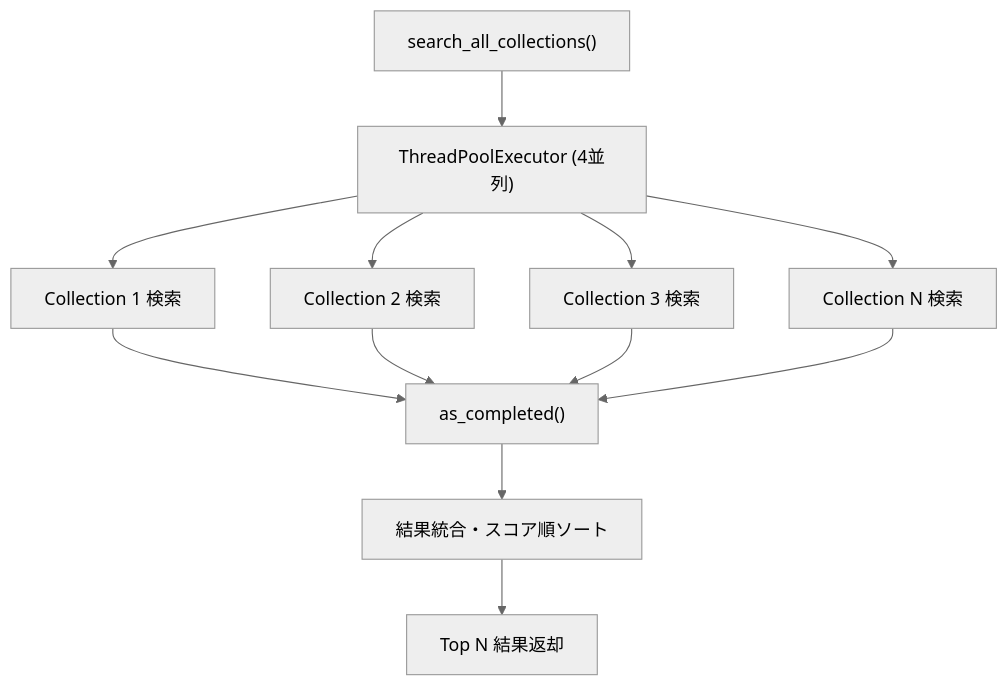
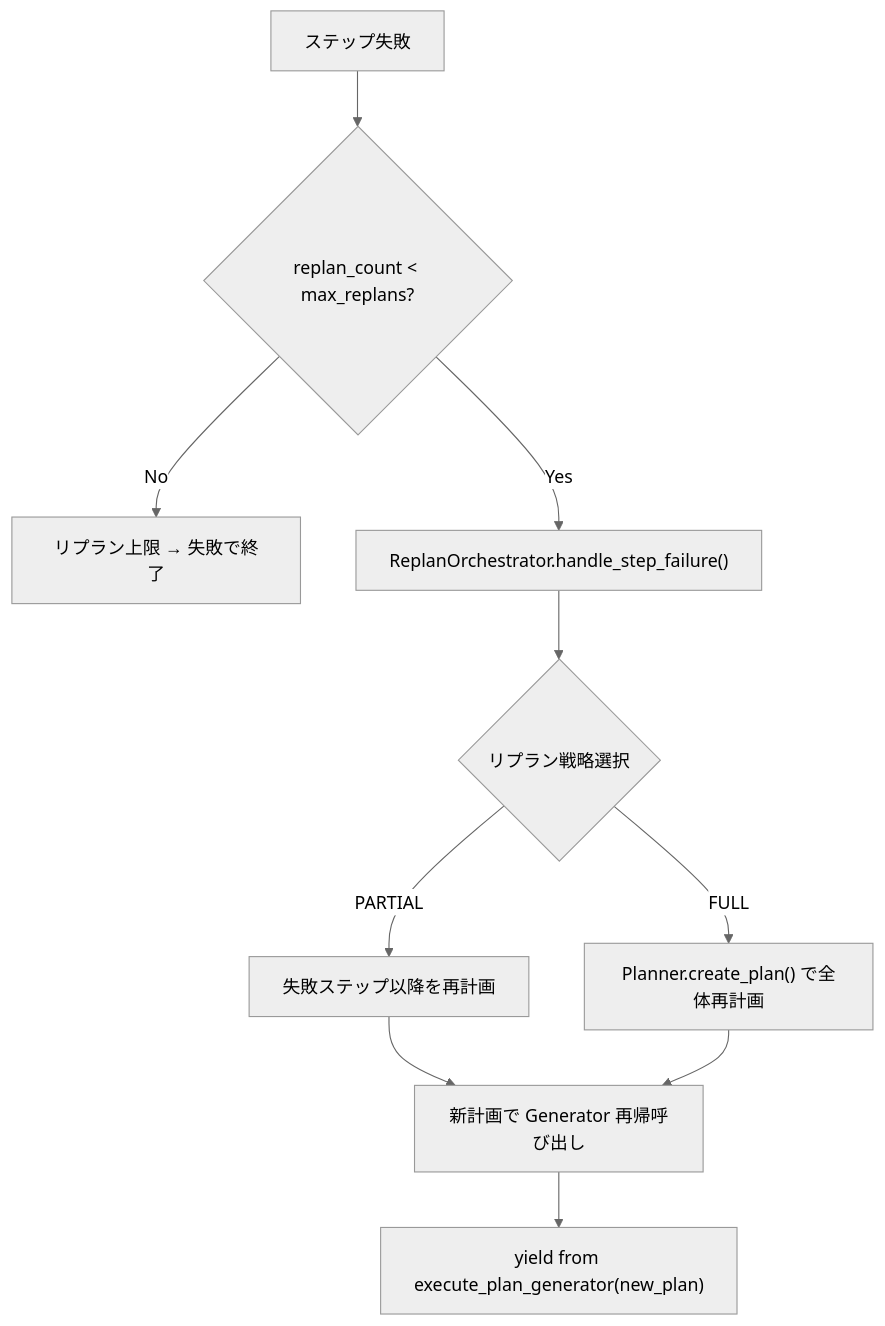
Before and after one commit to nakashima2toshio/gemini_grace_agent: diagram 11 of 13 in ui/doc/grace_chat_page.md, drawn with Mermaid (neutral theme). The commit also changed other lines of this file and 26 other files, not shown here.

````diff
--- a/ui/doc/grace_chat_page.md
+++ b/ui/doc/grace_chat_page.md
@@ -615,14 +1128,12 @@
 ```mermaid
 flowchart TB
-    A["search_all_collections()"] --> B["ThreadPoolExecutor (4並列)"]
-    B --> C1["Collection 1 検索"]
-    B --> C2["Collection 2 検索"]
-    B --> C3["Collection 3 検索"]
-    B --> C4["Collection N 検索"]
-    C1 --> D["as_completed()"]
-    C2 --> D
-    C3 --> D
-    C4 --> D
-    D --> E["結果統合・スコア順ソート"]
-    E --> F["Top N 結果返却"]
+    A["ステップ失敗"] --> B{"replan_count < max_replans?"}
+    B -->|No| C["リプラン上限 → 失敗で終了"]
+    B -->|Yes| D["ReplanOrchestrator.handle_step_failure()"]
+    D --> E{"リプラン戦略選択"}
+    E -->|PARTIAL| F["失敗ステップ以降を再計画"]
+    E -->|FULL| G["Planner.create_plan() で全体再計画"]
+    F --> H["新計画で Generator 再帰呼び出し"]
+    G --> H
+    H --> I["yield from execute_plan_generator(new_plan)"]
 ```
````
